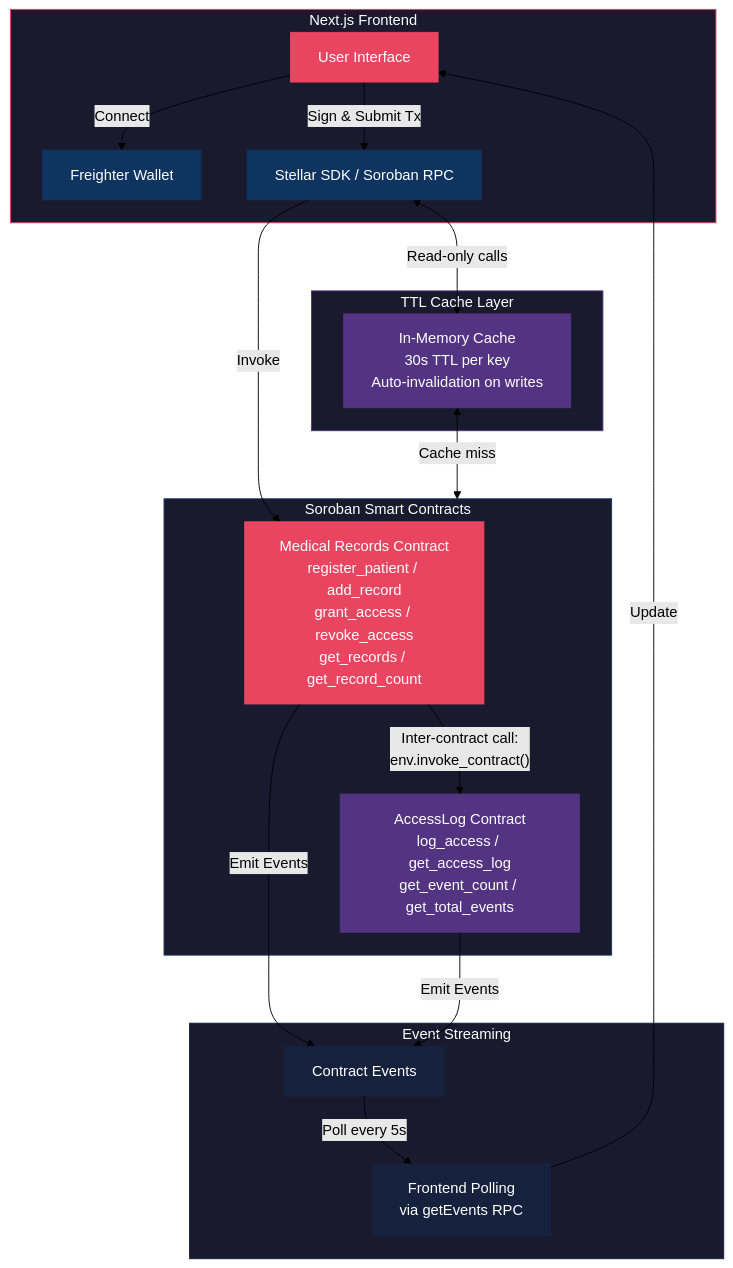
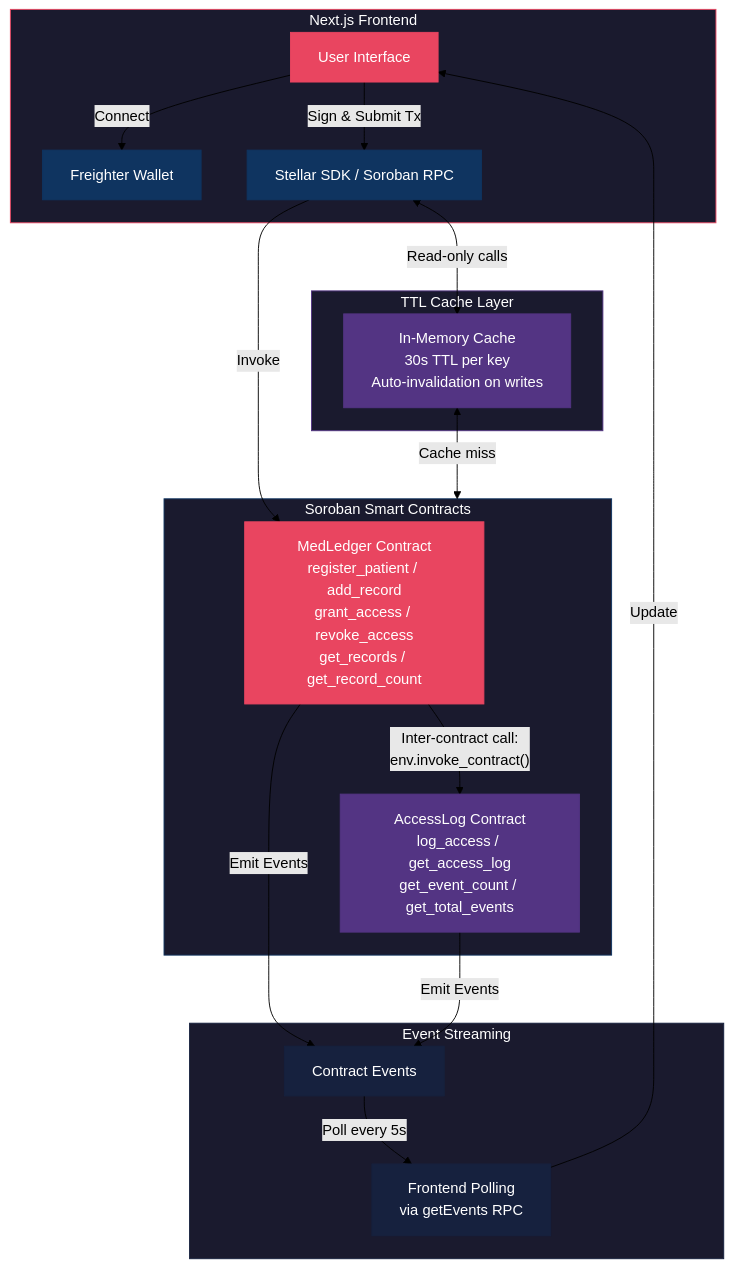
The diagram in README.md (sohagbanik/MedLedger), drawn with Mermaid (forest theme) before and after one commit. The commit also changed other lines of this file and 6 other files, not shown here.

Commit message:
rebrand: rename project to MedLedger across all source files, README, and URLs

````diff
--- a/README.md
+++ b/README.md
@@ -176,45 +176,45 @@
 ```mermaid
 graph TB
     subgraph Frontend["Next.js Frontend"]
         UI["User Interface"]
         UI -->|Connect| FW["Freighter Wallet"]
         UI -->|Sign & Submit Tx| SDK["Stellar SDK / Soroban RPC"]
     end
 
     SDK -->|Invoke| MC
 
     subgraph Contracts["Soroban Smart Contracts"]
-        MC["Medical Records Contract<br/>register_patient / add_record<br/>grant_access / revoke_access<br/>get_records / get_record_count"]
+        MC["MedLedger Contract<br/>register_patient / add_record<br/>grant_access / revoke_access<br/>get_records / get_record_count"]
         MC -->|"Inter-contract call:<br/>env.invoke_contract()"| AL["AccessLog Contract<br/>log_access / get_access_log<br/>get_event_count / get_total_events"]
     end
 
     MC -->|Emit Events| ES
     AL -->|Emit Events| ES
 
     subgraph EventStreaming["Event Streaming"]
         ES["Contract Events"]
         ES -->|Poll every 5s| Poller["Frontend Polling<br/>via getEvents RPC"]
     end
 
     Poller -->|Update| UI
 
     subgraph Cache["TTL Cache Layer"]
         TC["In-Memory Cache<br/>30s TTL per key<br/>Auto-invalidation on writes"]
     end
 
     SDK <-->|Read-only calls| TC
     TC <-->|Cache miss| Contracts
 
     style Frontend fill:#1a1a2e,stroke:#e94560,color:#fff
     style Contracts fill:#1a1a2e,stroke:#0f3460,color:#fff
     style EventStreaming fill:#1a1a2e,stroke:#16213e,color:#fff
     style Cache fill:#1a1a2e,stroke:#533483,color:#fff
     style UI fill:#e94560,stroke:#e94560,color:#fff
     style FW fill:#0f3460,stroke:#0f3460,color:#fff
     style SDK fill:#0f3460,stroke:#0f3460,color:#fff
     style MC fill:#e94560,stroke:#e94560,color:#fff
     style AL fill:#533483,stroke:#533483,color:#fff
     style ES fill:#16213e,stroke:#16213e,color:#fff
     style Poller fill:#16213e,stroke:#16213e,color:#fff
     style TC fill:#533483,stroke:#533483,color:#fff
 ```
````
